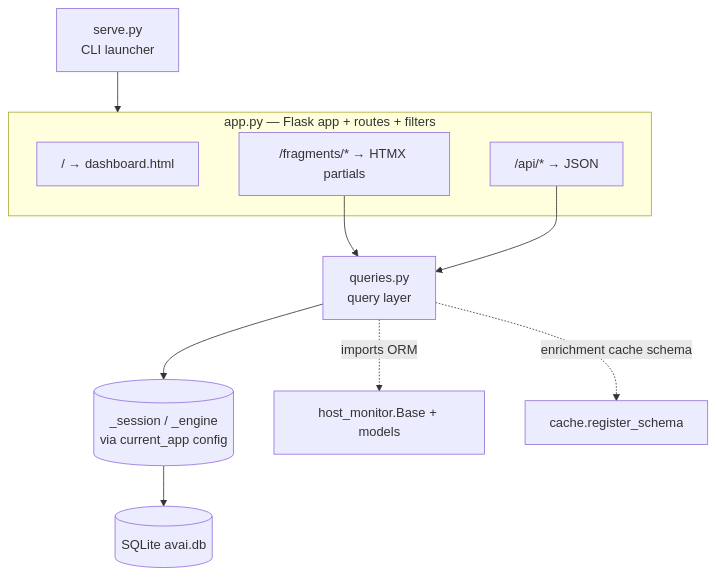
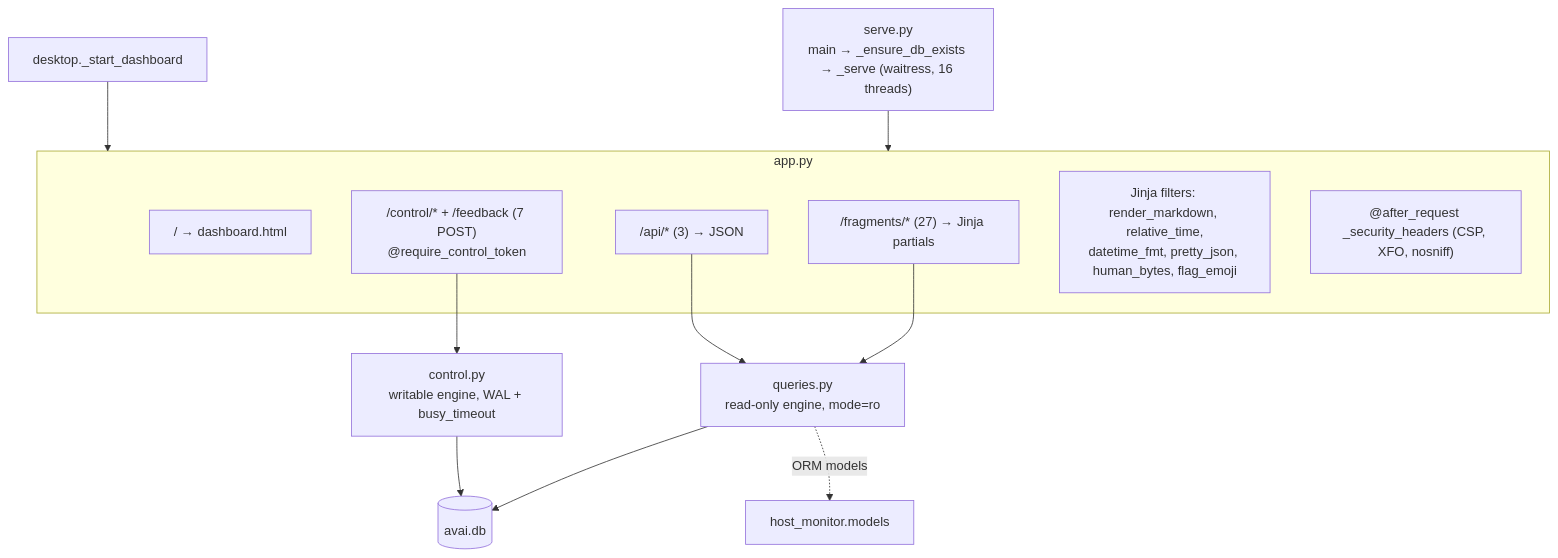
Diagram 19 of 23 in docs/ARCHITECTURE.md (iklobato/avai), drawn with Mermaid before and after one commit. The commit also changed other lines of this file and 1 other file, not shown here.

First line of the commit message:
docs: refresh architecture map and replace the refactor plan

````diff
--- a/docs/ARCHITECTURE.md
+++ b/docs/ARCHITECTURE.md
@@ -569,15 +1150,19 @@
 ```mermaid
 graph TD
-    subgraph appmod[app.py — Flask app + routes + filters]
-        idx[" / → dashboard.html"]
-        frags["/fragments/* → HTMX partials"]
-        api["/api/* → JSON"]
+    serve["serve.py<br/>main → _ensure_db_exists → _serve (waitress, 16 threads)"] --> appmod
+    desktop["desktop._start_dashboard"] --> appmod
+    subgraph appmod["app.py"]
+        idx["/ → dashboard.html"]
+        frags["/fragments/* (27) → Jinja partials"]
+        api["/api/* (3) → JSON"]
+        ctl["/control/* + /feedback (7 POST)<br/>@require_control_token"]
+        filters["Jinja filters: render_markdown, relative_time,<br/>datetime_fmt, pretty_json, human_bytes, flag_emoji"]
+        hdrs["@after_request _security_headers (CSP, XFO, nosniff)"]
     end
-    serve[serve.py<br/>CLI launcher] --> appmod
-    frags --> Q[queries.py<br/>query layer]
+    frags --> Q["queries.py<br/>read-only engine, mode=ro"]
     api --> Q
-    Q --> SESS[(_session / _engine<br/>via current_app config)]
-    SESS --> DB[(SQLite avai.db)]
-    Q -.imports ORM.-> HM[host_monitor.Base + models]
-    Q -.enrichment cache schema.-> CACHE[cache.register_schema]
+    ctl --> C["control.py<br/>writable engine, WAL + busy_timeout"]
+    Q --> DB[("avai.db")]
+    C --> DB
+    Q -. "ORM models" .-> HM["host_monitor.models"]
 ```
````
